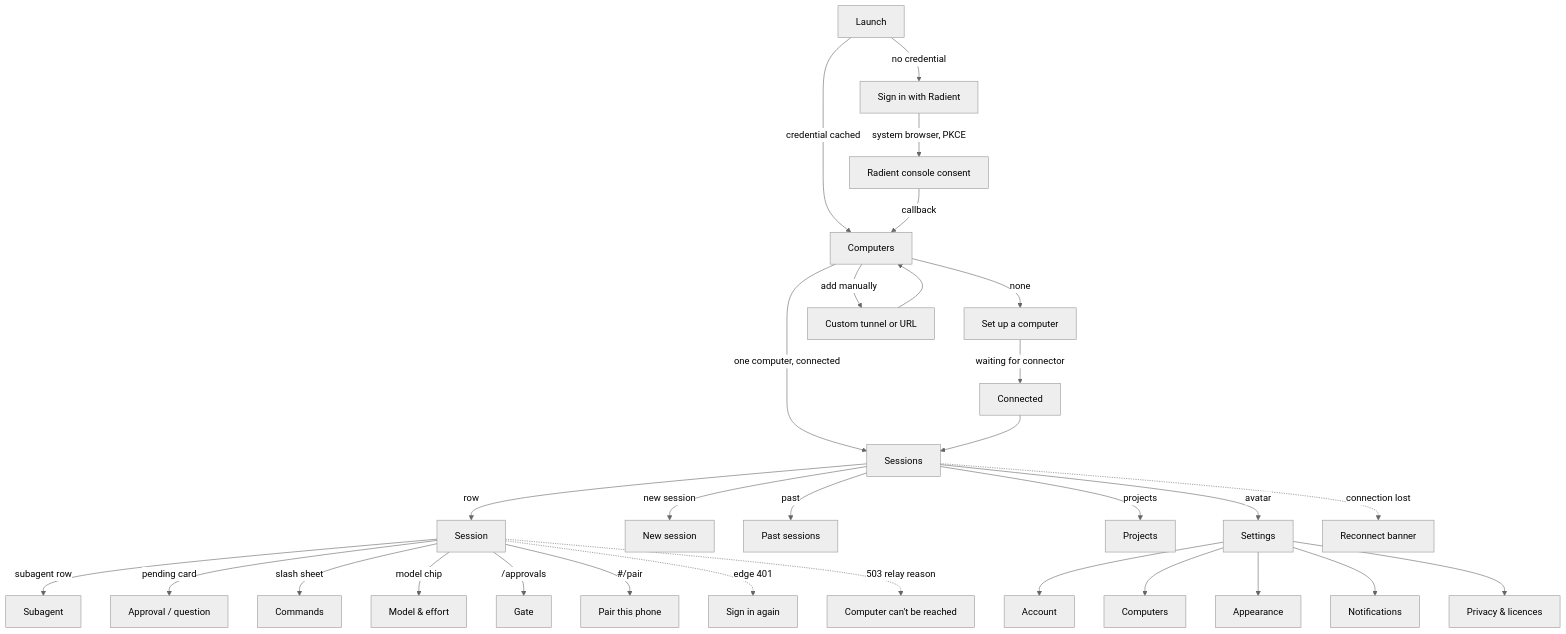
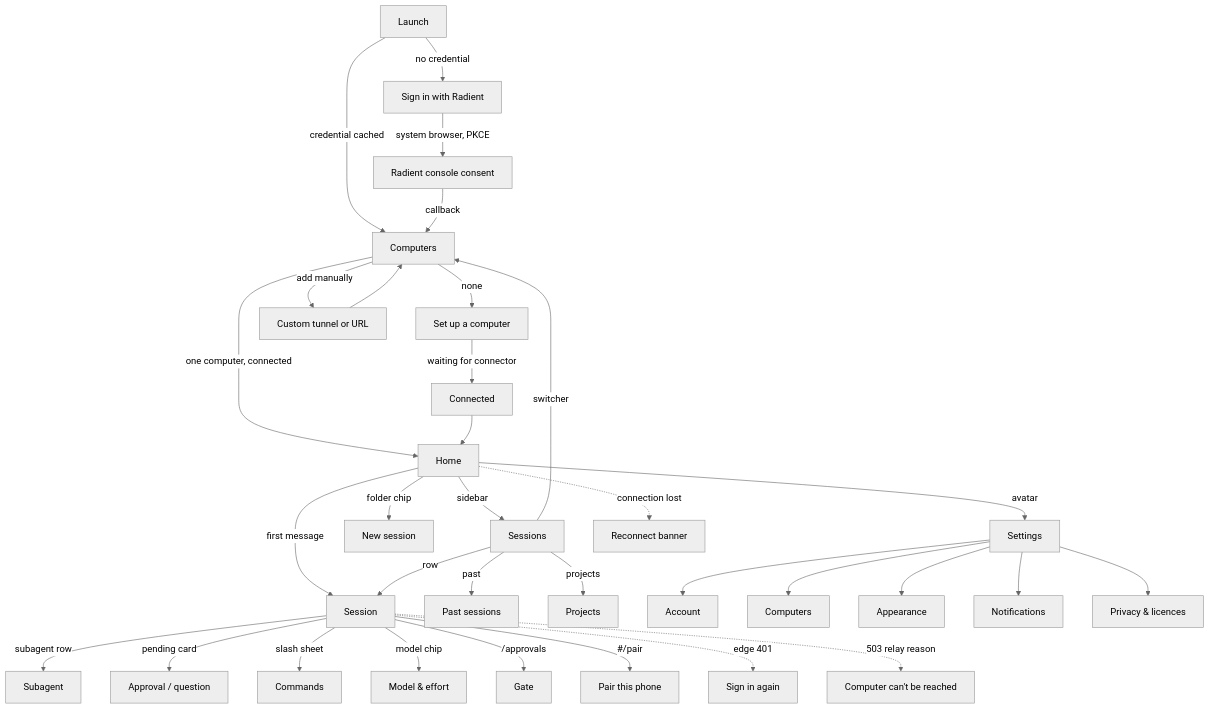
One commit to damianvtran/local-operator-mobile changed the diagram in docs/ux/flows.md. Above: the diagram before and after it, drawn with Mermaid (neutral theme). The commit also changed other lines of this file and 2 other files, not shown here.

First line of the commit message:
docs(ux): record the home and the conversations panel in the flow contract

````diff
--- a/docs/ux/flows.md
+++ b/docs/ux/flows.md
@@ -41,32 +41,35 @@
 ```mermaid
 graph TD
   A[Launch] -->|no credential| B[Sign in with Radient]
   A -->|credential cached| C[Computers]
   B -->|system browser, PKCE| B2[Radient console consent]
   B2 -->|callback| C
-  C -->|one computer, connected| D[Sessions]
+  C -->|one computer, connected| D[Home]
   C -->|none| E[Set up a computer]
   E -->|waiting for connector| E2[Connected]
   E2 --> D
   C -->|add manually| F[Custom tunnel or URL]
   F --> C
-  D -->|row| G[Session]
-  D -->|new session| H[New session]
-  D -->|past| I[Past sessions]
-  D -->|projects| J[Projects]
+  D -->|sidebar| D1[Sessions]
+  D -->|folder chip| H[New session]
+  D -->|first message| G[Session]
+  D1 -->|row| G
+  D1 -->|past| I[Past sessions]
+  D1 -->|projects| J[Projects]
+  D1 -->|switcher| C
   D -->|avatar| K[Settings]
   G -->|subagent row| L[Subagent]
   G -->|pending card| M[Approval / question]
   G -->|slash sheet| N[Commands]
   G -->|model chip| O[Model & effort]
   G -->|/approvals| P[Gate]
   G -->|#/pair| Q[Pair this phone]
   K --> K1[Account]
   K --> K2[Computers]
   K --> K3[Appearance]
   K --> K4[Notifications]
   K --> K5[Privacy & licences]
   D -.->|connection lost| R[Reconnect banner]
   G -.->|edge 401| S[Sign in again]
   G -.->|503 relay reason| T[Computer can't be reached]
 ```
````
